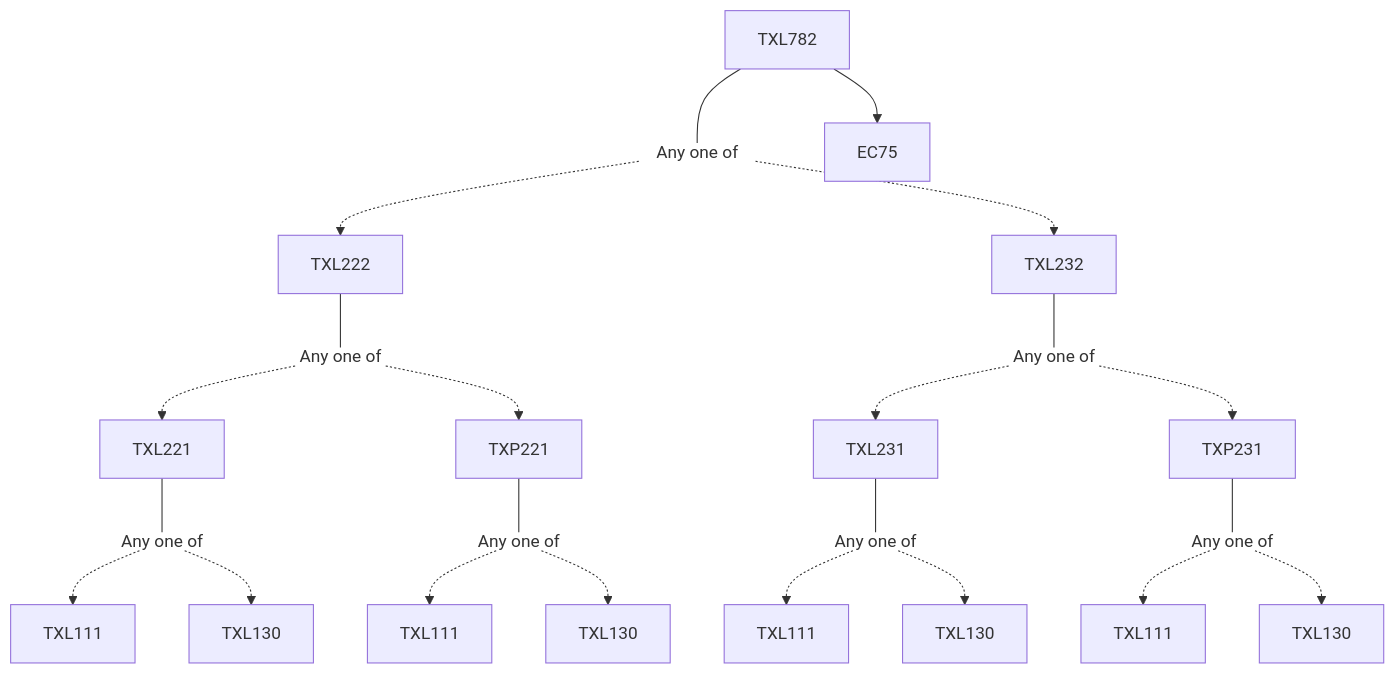
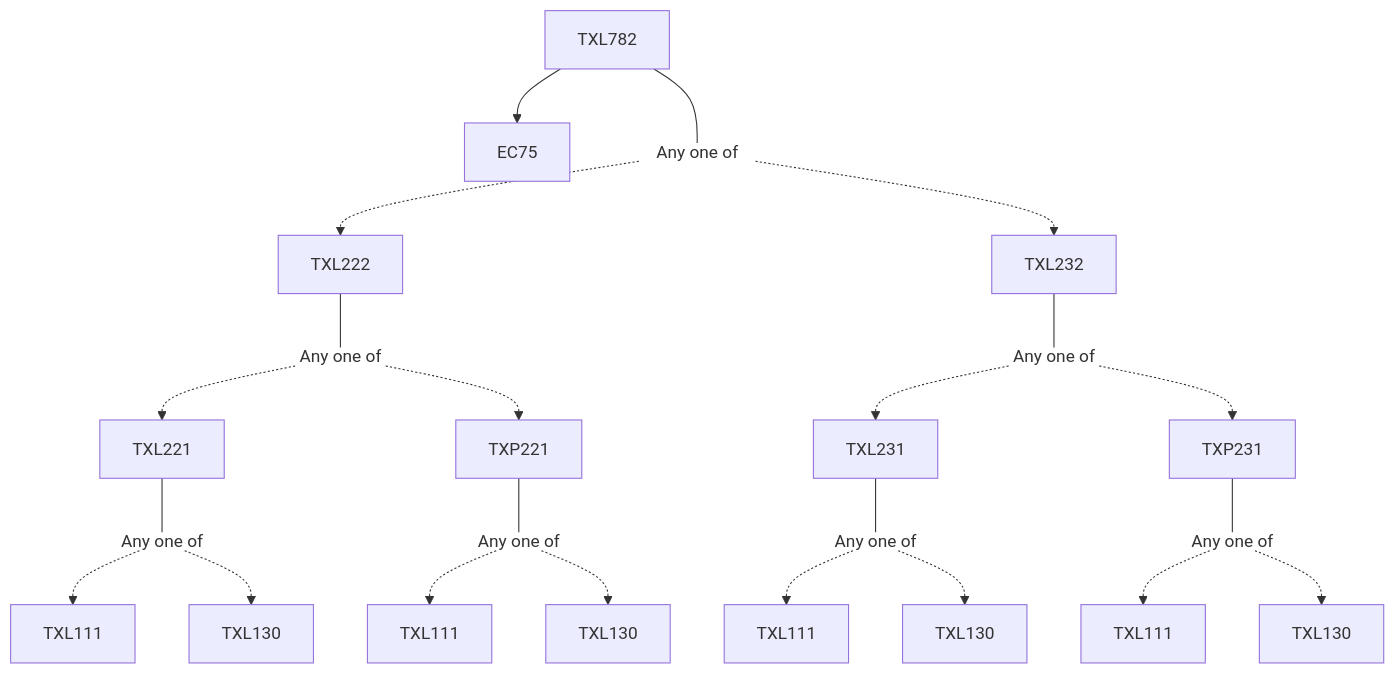
One commit to KeshavBansal0122/CoS_Website changed the diagram in content/Textile and Fibre Engineering/TXL782.md. Above: the diagram before and after it, drawn with Mermaid. The commit also changed other lines of this file and 392 other files, not shown here.

````diff
--- a/content/Textile and Fibre Engineering/TXL782.md
+++ b/content/Textile and Fibre Engineering/TXL782.md
@@ -13,29 +13,29 @@
 ```mermaid
 flowchart TD
 TXL782-1863[TXL782]
+TXL782-1863 --> EC75-1863[EC75]
 TXL782-1863 --- Or1864[Any one of]:::empty
 Or1864 -.-> TXL222-1865[TXL222]
 TXL222-1865 --- Or1866[Any one of]:::empty
+Or1866 -.-> TXL221-1867[TXL221]
 TXL221-1867 --- Or1868[Any one of]:::empty
 Or1868 -.-> TXL111-1869[TXL111]
 Or1868 -.-> TXL130-1870[TXL130]
-Or1866 -.-> TXL221-1867[TXL221]
+Or1866 -.-> TXP221-1871[TXP221]
 TXP221-1871 --- Or1872[Any one of]:::empty
 Or1872 -.-> TXL111-1873[TXL111]
 Or1872 -.-> TXL130-1874[TXL130]
-Or1866 -.-> TXP221-1871[TXP221]
 Or1864 -.-> TXL232-1875[TXL232]
 TXL232-1875 --- Or1876[Any one of]:::empty
 TXL231-1877 --- Or1878[Any one of]:::empty
 Or1878 -.-> TXL111-1879[TXL111]
 Or1878 -.-> TXL130-1880[TXL130]
 Or1876 -.-> TXL231-1877[TXL231]
 TXP231-1881 --- Or1882[Any one of]:::empty
 Or1882 -.-> TXL111-1883[TXL111]
 Or1882 -.-> TXL130-1884[TXL130]
 Or1876 -.-> TXP231-1881[TXP231]
-TXL782-1863 --> EC75-1863[EC75]
 
 classDef empty height:17px, fill:transparent, stroke:transparent;
 classDef trueEmpty height:0px, width:0px;
 ```
````
